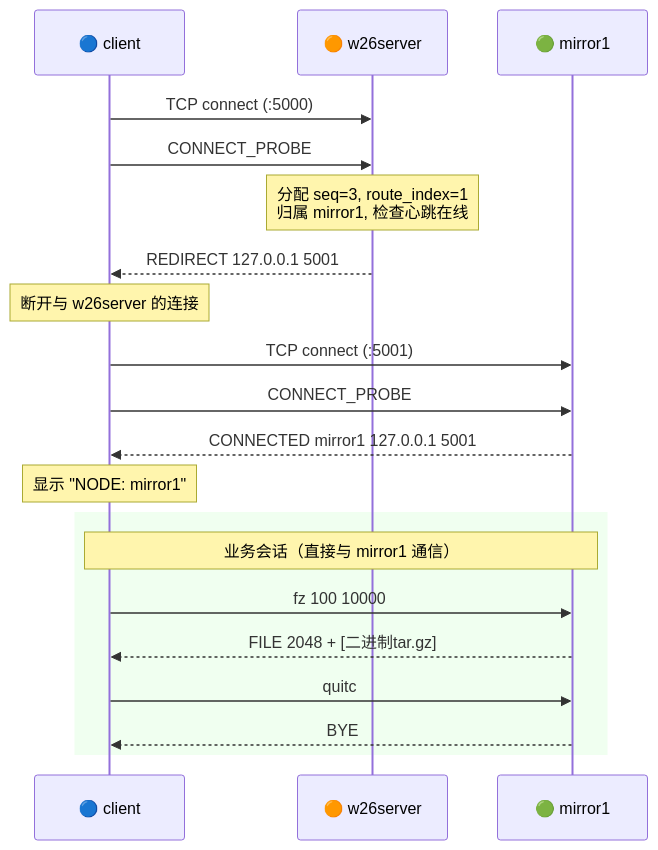
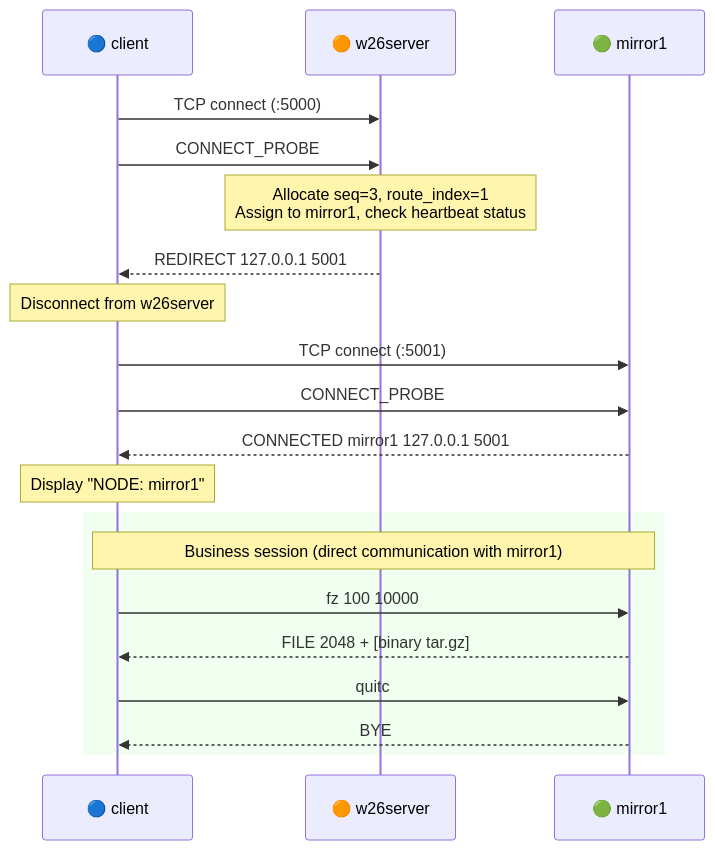
One commit to jianglei919/ASP_Group changed the fourth of 7 diagrams in README.md. Above: the diagram before and after it, drawn with Mermaid. The commit also changed other lines of this file and 1 other file, not shown here.

````diff
--- a/README.md
+++ b/README.md
@@ -138,25 +138,25 @@
 ```mermaid
 sequenceDiagram
     participant C as 🔵 client
     participant W as 🟠 w26server
     participant M as 🟢 mirror1
 
     C->>W: TCP connect (:5000)
     C->>W: CONNECT_PROBE
-    Note over W: 分配 seq=3, route_index=1<br/>归属 mirror1, 检查心跳在线
+    Note over W: Allocate seq=3, route_index=1<br/>Assign to mirror1, check heartbeat status
     W-->>C: REDIRECT 127.0.0.1 5001
-    Note over C: 断开与 w26server 的连接
+    Note over C: Disconnect from w26server
 
     C->>M: TCP connect (:5001)
     C->>M: CONNECT_PROBE
     M-->>C: CONNECTED mirror1 127.0.0.1 5001
-    Note over C: 显示 "NODE: mirror1"
+    Note over C: Display "NODE: mirror1"
 
     rect rgb(240, 255, 240)
-        Note over C,M: 业务会话（直接与 mirror1 通信）
+        Note over C,M: Business session (direct communication with mirror1)
         C->>M: fz 100 10000
-        M-->>C: FILE 2048 + [二进制tar.gz]
+        M-->>C: FILE 2048 + [binary tar.gz]
         C->>M: quitc
         M-->>C: BYE
     end
 ```
````
